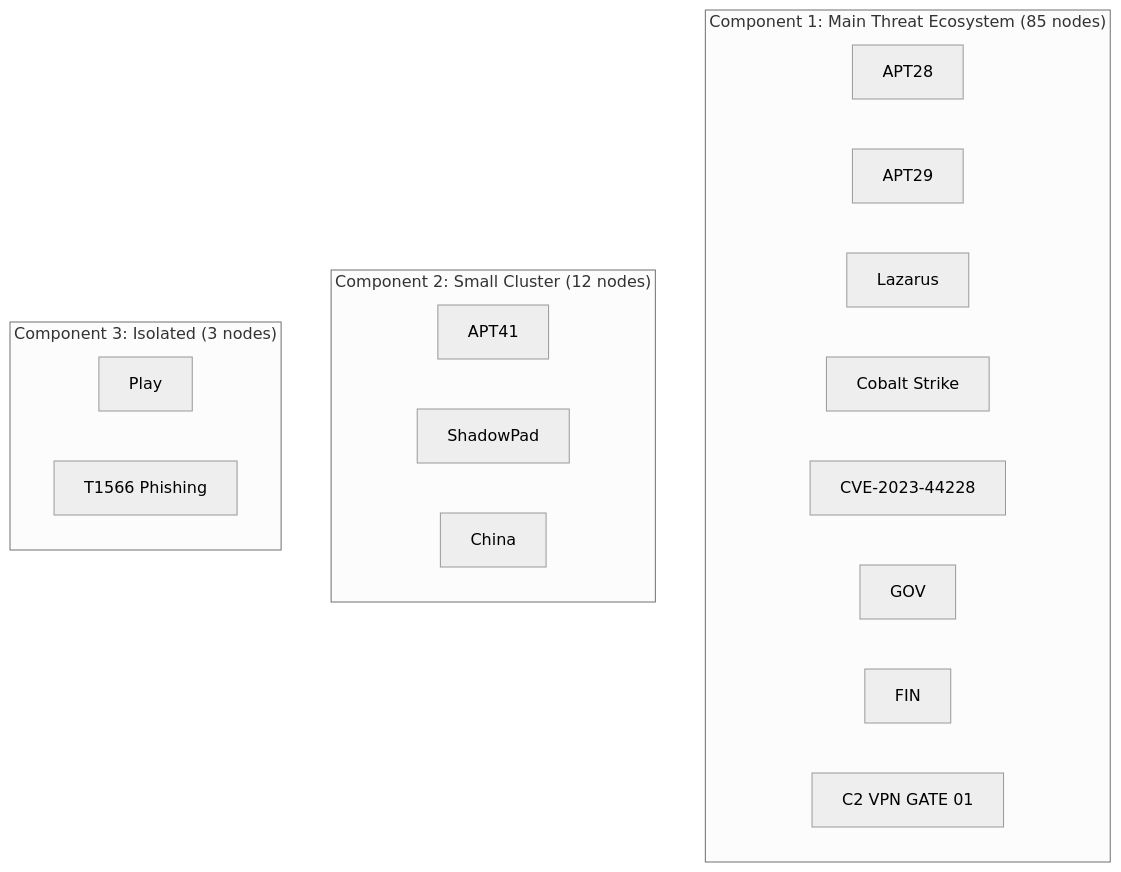
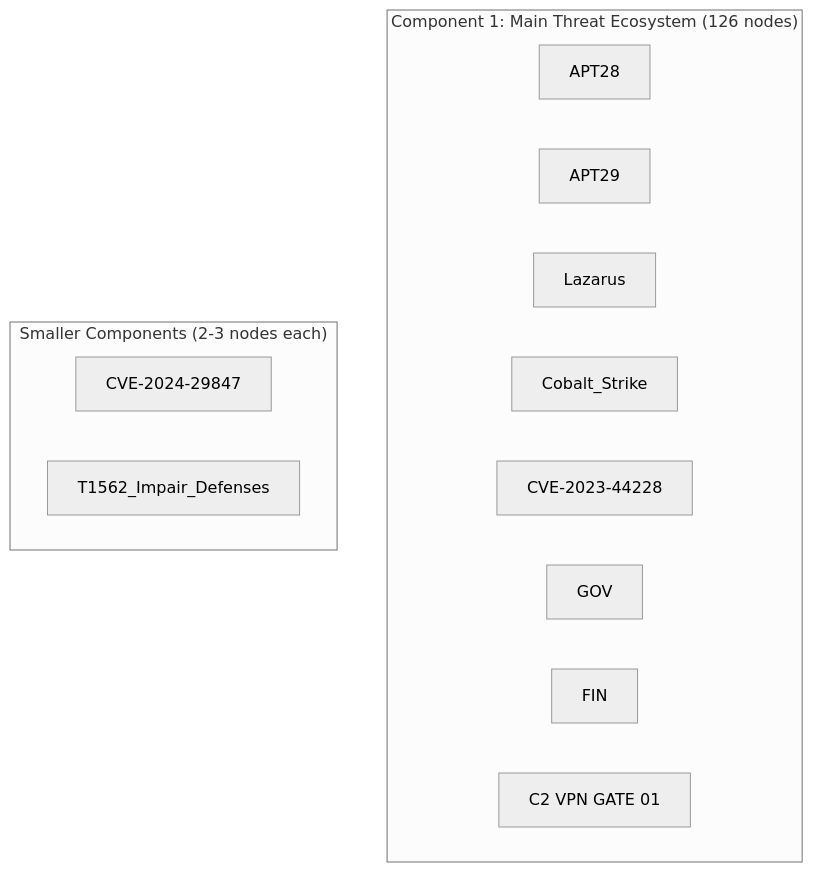
The sixth of 6 diagrams in examples/showcase/threat_intelligence/README.md (antquinonez/Hyper3), drawn with Mermaid (neutral theme) before and after one commit. The commit also changed other lines of this file and 2 other files, not shown here.

````diff
--- a/examples/showcase/threat_intelligence/README.md
+++ b/examples/showcase/threat_intelligence/README.md
@@ -349,24 +341,18 @@
 ```mermaid
 graph TD
-    subgraph "Component 1: Main Threat Ecosystem (85 nodes)"
+    subgraph "Component 1: Main Threat Ecosystem (126 nodes)"
         APT28["APT28"]
         APT29["APT29"]
         Lazarus["Lazarus"]
-        CS["Cobalt Strike"]
+        CS["Cobalt_Strike"]
         CVE["CVE-2023-44228"]
         GOV["GOV"]
         FIN["FIN"]
         C2["C2 VPN GATE 01"]
     end
 
-    subgraph "Component 2: Small Cluster (12 nodes)"
-        APT41["APT41"]
-        ShadowPad["ShadowPad"]
-        CN["China"]
-    end
-
-    subgraph "Component 3: Isolated (3 nodes)"
-        Play["Play"]
-        T24["T1566 Phishing"]
+    subgraph "Smaller Components (2-3 nodes each)"
+        APT41["CVE-2024-29847"]
+        ShadowPad["T1562_Impair_Defenses"]
     end
 ```
````
